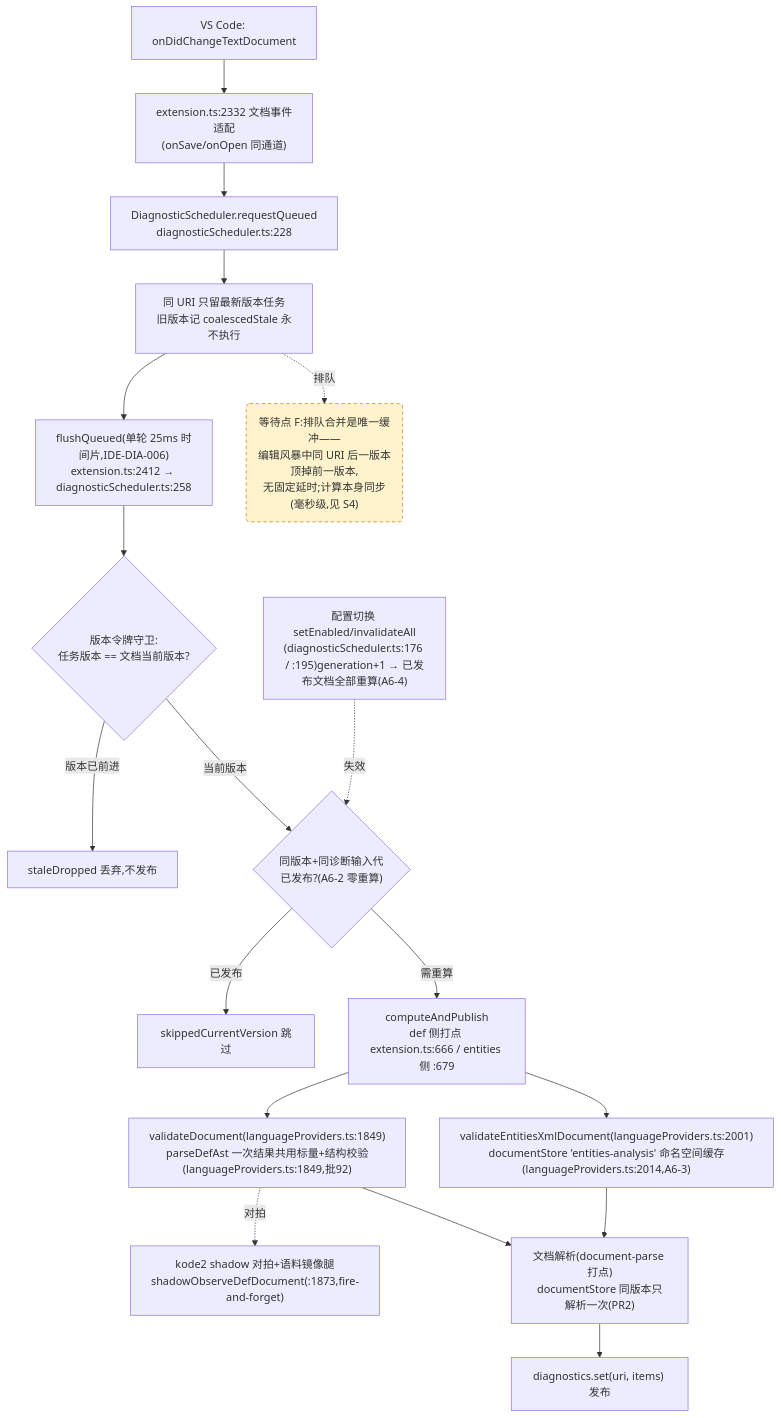
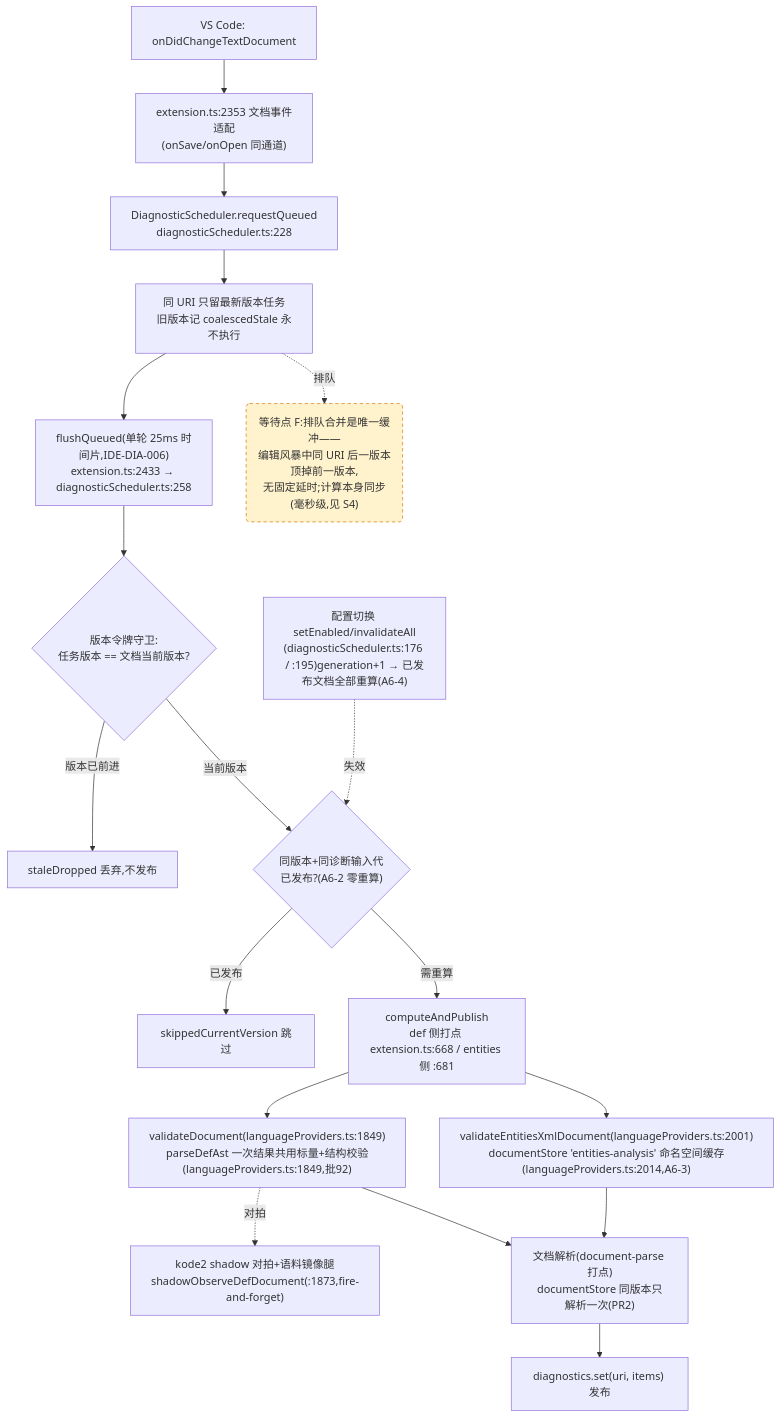
The fourth of 4 diagrams in docs/perf/2026-baseline.md (cuihairu/kode), drawn with Mermaid before and after one commit. The commit also changed other lines of this file and 5 other files, not shown here.

````diff
--- a/docs/perf/2026-baseline.md
+++ b/docs/perf/2026-baseline.md
@@ -214,38 +214,38 @@
 ```mermaid
 flowchart TD
   CHG["VS Code: onDidChangeTextDocument"]
-  WATCH["extension.ts:2332 文档事件适配<br/>(onSave/onOpen 同通道)"]
+  WATCH["extension.ts:2353 文档事件适配<br/>(onSave/onOpen 同通道)"]
   RQ["DiagnosticScheduler.requestQueued<br/>diagnosticScheduler.ts:228"]
   CO["同 URI 只留最新版本任务<br/>旧版本记 coalescedStale 永不执行"]
-  FL["flushQueued(单轮 25ms 时间片,IDE-DIA-006)<br/>extension.ts:2412 → diagnosticScheduler.ts:258"]
+  FL["flushQueued(单轮 25ms 时间片,IDE-DIA-006)<br/>extension.ts:2433 → diagnosticScheduler.ts:258"]
   VG{"版本令牌守卫:<br/>任务版本 == 文档当前版本?"}
   DROP["staleDropped 丢弃,不发布"]
   GEN{"同版本+同诊断输入代<br/>已发布?(A6-2 零重算)"}
   SKIP["skippedCurrentVersion 跳过"]
-  CALC["computeAndPublish<br/>def 侧打点 extension.ts:666 / entities 侧 :679"]
+  CALC["computeAndPublish<br/>def 侧打点 extension.ts:668 / entities 侧 :681"]
   VD["validateDocument(languageProviders.ts:1849)<br/>parseDefAst 一次结果共用标量+结构校验(languageProviders.ts:1849,批92)"]
   VEX["validateEntitiesXmlDocument(languageProviders.ts:2001)<br/>documentStore 'entities-analysis' 命名空间缓存(languageProviders.ts:2014,A6-3)"]
   SHDD["kode2 shadow 对拍+语料镜像腿<br/>shadowObserveDefDocument(:1873,fire-and-forget)"]
   DS["文档解析(document-parse 打点)<br/>documentStore 同版本只解析一次(PR2)"]
   PUB["diagnostics.set(uri, items) 发布"]
   CFG2["配置切换 setEnabled/invalidateAll<br/>(diagnosticScheduler.ts:176 / :195)generation+1 → 已发布文档全部重算(A6-4)"]
 
   CHG --> WATCH --> RQ --> CO --> FL --> VG
   VG -- "版本已前进" --> DROP
   VG -- "当前版本" --> GEN
   GEN -- "已发布" --> SKIP
   GEN -- "需重算" --> CALC
   CALC --> VD
   CALC --> VEX
   VD --> DS
   VEX --> DS
   DS --> PUB
   VD -.->|对拍| SHDD
   CFG2 -.->|失效| GEN
 
   WAITF("等待点 F:排队合并是唯一缓冲——<br/>编辑风暴中同 URI 后一版本顶掉前一版本,<br/>无固定延时;计算本身同步(毫秒级,见 S4)")
   CO -.->|排队| WAITF
 
   classDef waitPoint fill:#fff3cd,stroke:#d97706,stroke-dasharray:5 4;
   class WAITF waitPoint;
 ```
````
